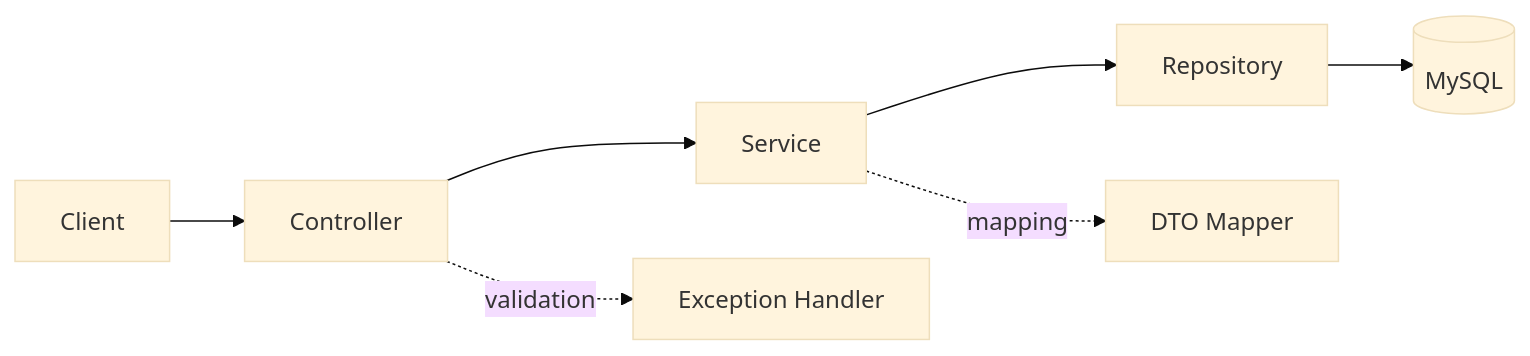
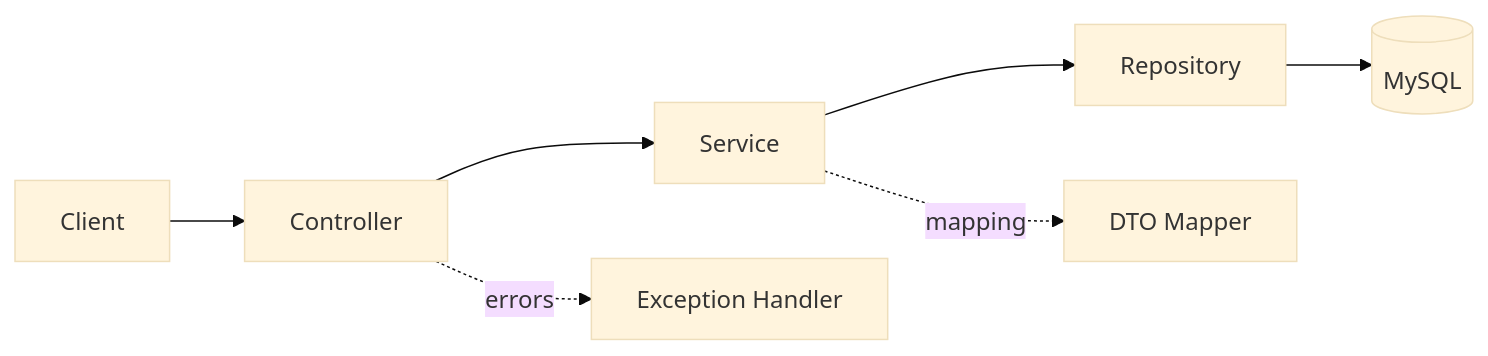
Before and after one commit to MohSamer682/MohSamer682: the first of 2 diagrams in README.md, drawn with Mermaid (base theme). The commit also changed other lines of this file, not shown here.

````diff
--- a/README.md
+++ b/README.md
@@ -76,9 +158,9 @@
 ```mermaid
 flowchart LR
     C[Client] --> CT[Controller]
     CT --> SV[Service]
     SV --> RP[Repository]
     RP --> DB[(MySQL)]
-    CT -. validation .-> EH[Exception Handler]
+    CT -. errors .-> EH[Exception Handler]
     SV -. mapping .-> DTO[DTO Mapper]
 ```
````
